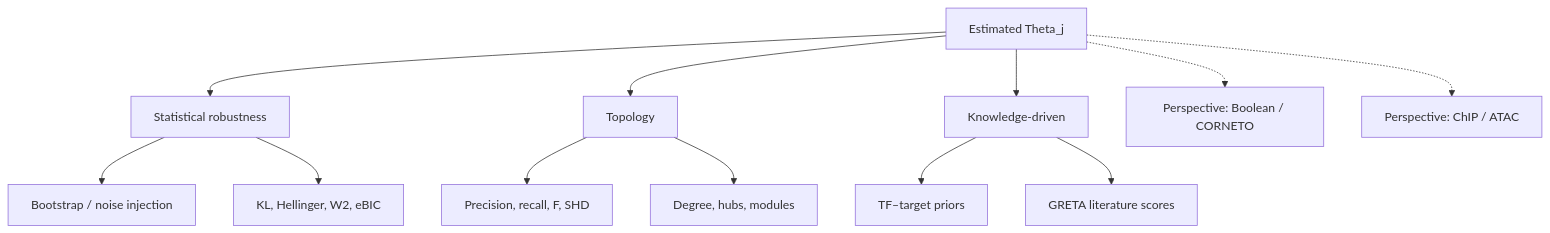
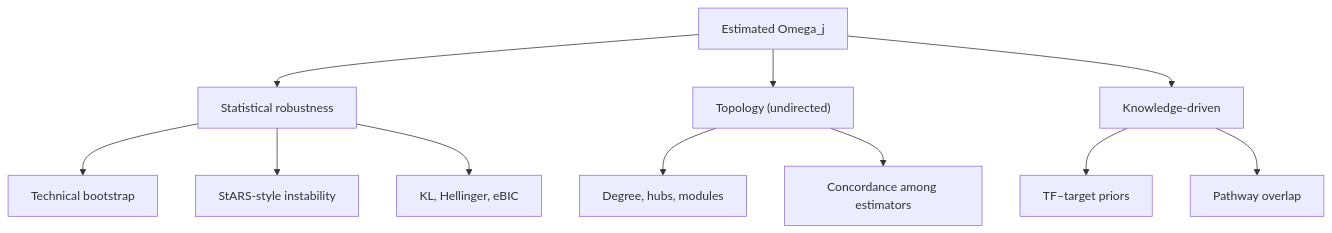
One commit to bastienchassagnol/DeCovarT_reproducibility changed the diagram in docs/05-grn-metrics.qmd. Above: the diagram before and after it, drawn with Mermaid. The commit also changed other lines of this file and 17 other files, not shown here.

Commit message:
Update bibliography and Quarto configuration: add new references relevant to graphical models and RNA-seq analysis, enhance Quarto book settings with improved navigation and pseudocode support, and clarify terminology throughout the documentation.

````diff
--- a/docs/05-grn-metrics.qmd
+++ b/docs/05-grn-metrics.qmd
@@ -29,18 +30,17 @@
 ```{mermaid}
 %%| echo: false
 %%| label: fig-metrics-families
-%%| fig-cap: "Three evaluation families for undirected cell-type GGMs, plus two perspective tracks that require extra assays or a mechanistic simulator."
+%%| fig-cap: "Three core evaluation families for undirected cell-type GGMs. Perspectives that need a true skeleton, a DAG, extra assays, or perturbations are collected in @sec-metrics-perspectives."
 %%{init: {"theme": "sandstone"}}%%
 flowchart TD
-  A["Estimated Theta_j"] --> B["Statistical robustness"]
-  A --> C["Topology"]
+  A["Estimated Omega_j"] --> B["Statistical robustness"]
+  A --> C["Topology (undirected)"]
   A --> D["Knowledge-driven"]
-  B --> B1["Bootstrap / noise injection"]
-  B --> B2["KL, Hellinger, W2, eBIC"]
-  C --> C1["Precision, recall, F, SHD"]
+  B --> B1["Technical bootstrap"]
+  B --> B2["StARS-style instability"]
+  B --> B3["KL, Hellinger, eBIC"]
   C --> C2["Degree, hubs, modules"]
+  C --> C3["Concordance among estimators"]
   D --> D3["TF–target priors"]
-  D --> D4["GRETA literature scores"]
-  A -.-> E["Perspective: Boolean / CORNETO"]
-  A -.-> F["Perspective: ChIP / ATAC"]
+  D --> D4["Pathway overlap"]
 ```
````
